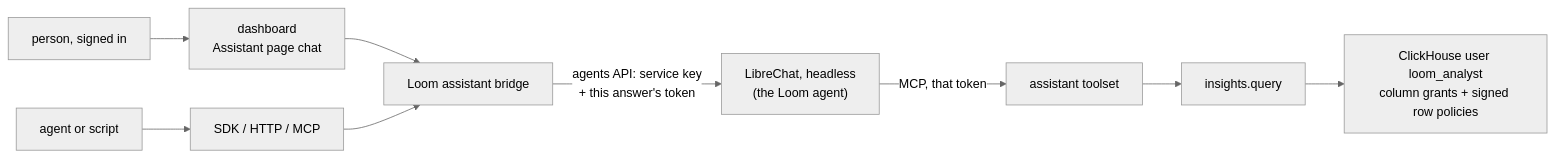
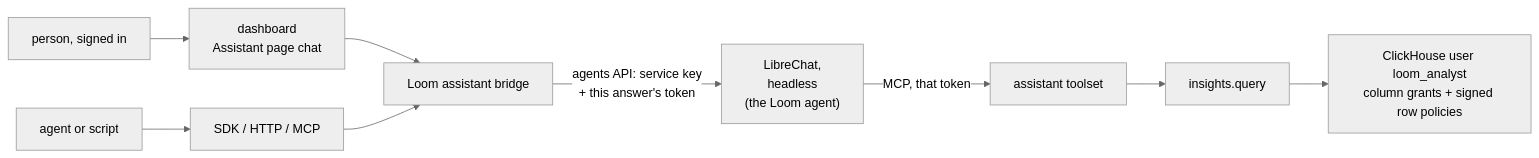
One commit to ClickHouse/loom changed the diagram in docs/architecture/assistant.md. Above: the diagram before and after it, drawn with Mermaid (neutral theme). The commit also changed other lines of this file, not shown here.

Commit message:
Fold the thirty-seventh review into the assistant design: servers that agree on a key mean a stale row, the policy read on one server

````diff
--- a/docs/architecture/assistant.md
+++ b/docs/architecture/assistant.md
@@ -18,11 +18,12 @@
 ```mermaid
 flowchart LR
     P["person, signed in"] --> D["dashboard<br/>Assistant page chat"]
     A["agent or script"] --> S["SDK / HTTP / MCP"]
     D --> B["Loom assistant bridge"]
     S --> B
-    B -->|"agents API: service key<br/>+ this answer's token"| LC["LibreChat, headless<br/>(the Loom agent)"]
+    B -->|"agents API: service key<br/>+ this answer's token"| LC["LibreChat,
+    headless<br/>(the Loom agent)"]
     LC -->|"MCP, that token"| T["assistant toolset"]
     T --> Q["insights.query"]
     Q --> U["ClickHouse user loom_analyst<br/>column grants + signed row policies"]
 ```
````
